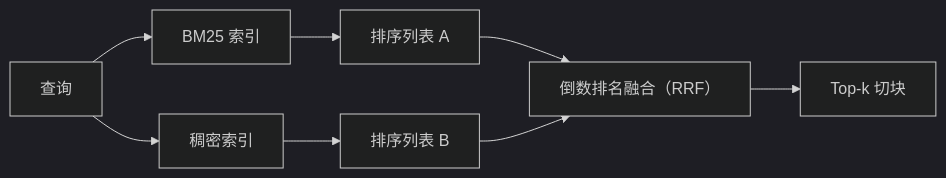
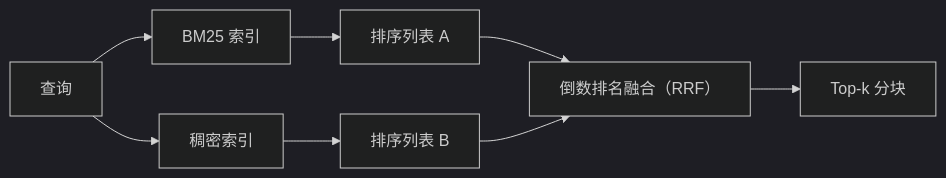
One commit to huangyue12120/Learning-Atlas changed the diagram in content/translations/practice/19-capstone-projects/65-hybrid-retrieval-bm25-dense/zh.md. Above: the diagram before and after it, drawn with Mermaid (dark theme). The commit also changed 239 other files, not shown here.

````diff
--- a/content/translations/practice/19-capstone-projects/65-hybrid-retrieval-bm25-dense/zh.md
+++ b/content/translations/practice/19-capstone-projects/65-hybrid-retrieval-bm25-dense/zh.md
@@ -37,10 +37,10 @@
 ```mermaid
 flowchart LR
   Query[查询] --> BM25[BM25 索引]
   Query --> Dense[稠密索引]
   BM25 --> RanksA[排序列表 A]
   Dense --> RanksB[排序列表 B]
   RanksA --> RRF[倒数排名融合（RRF）]
   RanksB --> RRF
-  RRF --> Top[Top-k 切块]
+  RRF --> Top[Top-k 分块]
 ```
````
